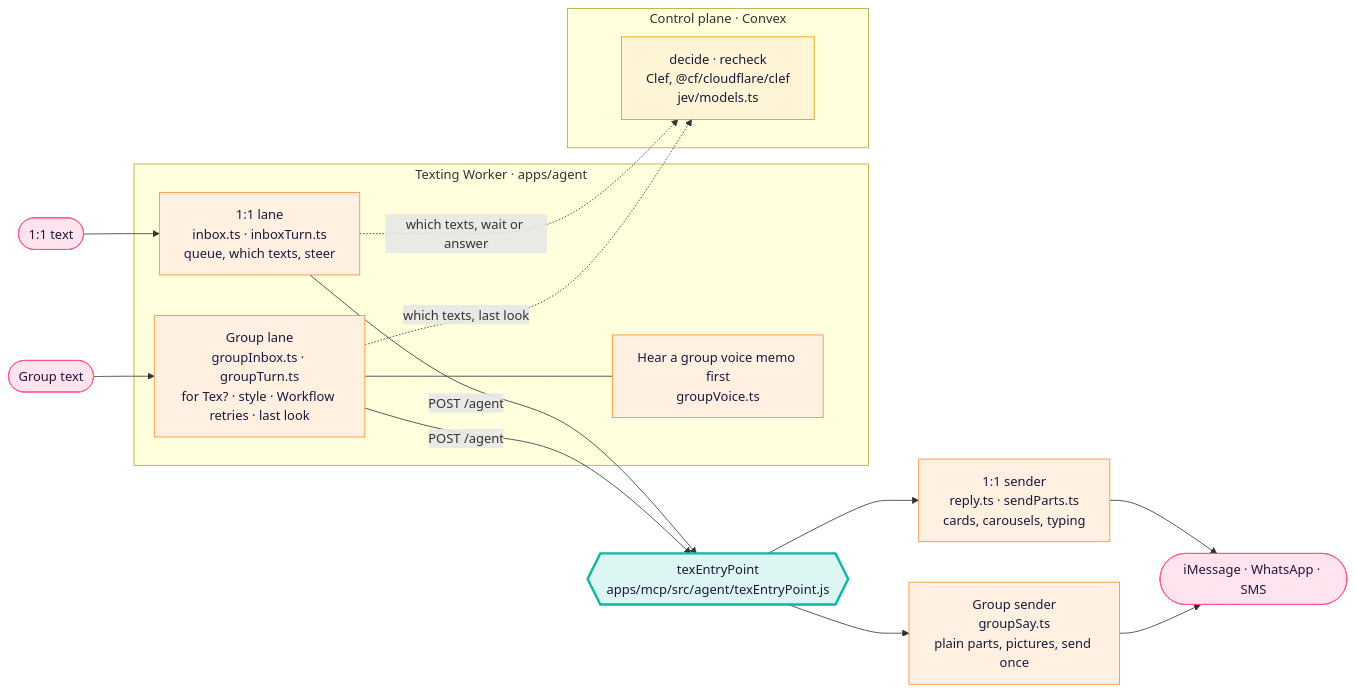
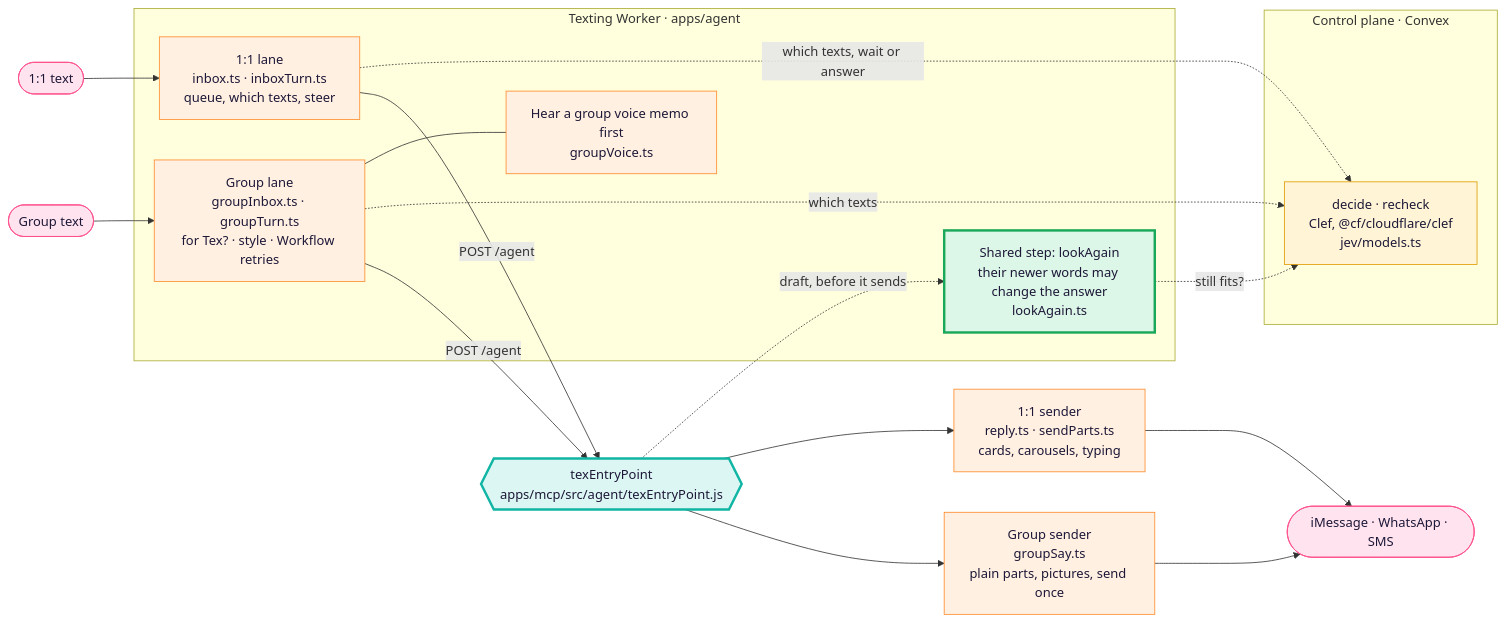
The first of 3 diagrams in docs/architecture/tex.md (Supa-Media/context), drawn with Mermaid before and after one commit. The commit also changed other lines of this file and 9 other files, not shown here.

First line of the commit message:
One door, step 1: 1:1 replies get the group's last look (#3031)

````diff
--- a/docs/architecture/tex.md
+++ b/docs/architecture/tex.md
@@ -22,27 +22,31 @@
 ```mermaid
 flowchart LR
   P1([1:1 text]):::you --> W1
   P2([Group text]):::you --> W2
   subgraph Worker["Texting Worker · apps/agent"]
     W1["1:1 lane<br/>inbox.ts · inboxTurn.ts<br/>queue, which texts, steer"]:::pipe
-    W2["Group lane<br/>groupInbox.ts · groupTurn.ts<br/>for Tex? · style · Workflow retries · last look"]:::pipe
+    W2["Group lane<br/>groupInbox.ts · groupTurn.ts<br/>for Tex? · style · Workflow retries"]:::pipe
     H["Hear a group voice memo first<br/>groupVoice.ts"]:::pipe
     W2 --- H
+    LA["Shared step: lookAgain<br/>their newer words may change the answer<br/>lookAgain.ts"]:::shared
   end
   subgraph Control["Control plane · Convex"]
     D["decide · recheck<br/>Clef, @cf/cloudflare/clef<br/>jev/models.ts"]:::judge
   end
   W1 -. which texts, wait or answer .-> D
-  W2 -. which texts, last look .-> D
+  W2 -. which texts .-> D
+  E -. draft, before it sends .-> LA
+  LA -. still fits? .-> D
   W1 -->|POST /agent| E
   W2 -->|POST /agent| E
   E{{"texEntryPoint<br/>apps/mcp/src/agent/texEntryPoint.js"}}:::door
   E --> S1["1:1 sender<br/>reply.ts · sendParts.ts<br/>cards, carousels, typing"]:::pipe
   E --> S2["Group sender<br/>groupSay.ts<br/>plain parts, pictures, send once"]:::pipe
   S1 --> Out([iMessage · WhatsApp · SMS]):::you
   S2 --> Out
   classDef you fill:#ffe3ee,stroke:#ff4f8b,color:#1d1838
   classDef pipe fill:#fff0e2,stroke:#ff8a2a,color:#1d1838
   classDef door fill:#dcf7f3,stroke:#11b5a4,stroke-width:3px,color:#1d1838
   classDef judge fill:#fff5d6,stroke:#e09a00,color:#1d1838
+  classDef shared fill:#dcf6e7,stroke:#19a75a,stroke-width:3px,color:#1d1838
 ```
````
